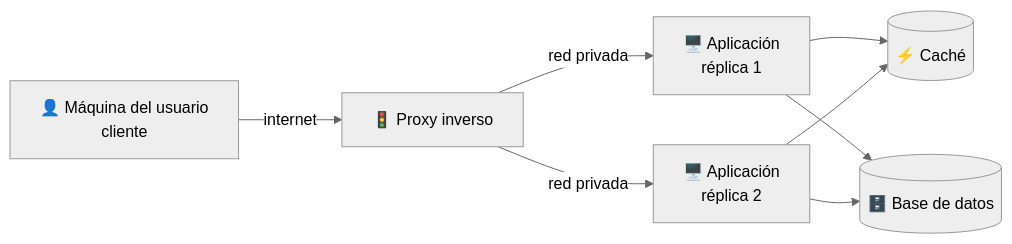
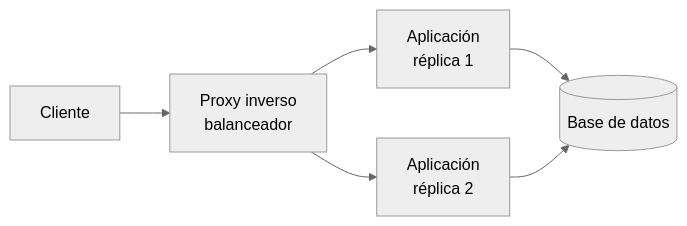
One commit to alejandroroig/despliegue-daw changed the sixth of 8 diagrams in docs/tema1/arquitecturas-despliegue.md. Above: the diagram before and after it, drawn with Mermaid (neutral theme). The commit also changed other lines of this file and 9 other files, not shown here.

````diff
--- a/docs/tema1/arquitecturas-despliegue.md
+++ b/docs/tema1/arquitecturas-despliegue.md
@@ -63,10 +162,8 @@
 ```mermaid
 flowchart LR
-    C["👤 Máquina del usuario<br/>cliente"] -->|internet| P["🚦 Proxy inverso"]
-    P -->|red privada| A1["🖥️ Aplicación<br/>réplica 1"]
-    P -->|red privada| A2["🖥️ Aplicación<br/>réplica 2"]
-    A1 --> K[("⚡ Caché")]
-    A2 --> K
-    A1 --> D[("🗄️ Base de datos")]
+    C["Cliente"] --> P["Proxy inverso<br/>balanceador"]
+    P --> A1["Aplicación<br/>réplica 1"]
+    P --> A2["Aplicación<br/>réplica 2"]
+    A1 --> D[("Base de datos")]
     A2 --> D
 ```
````
